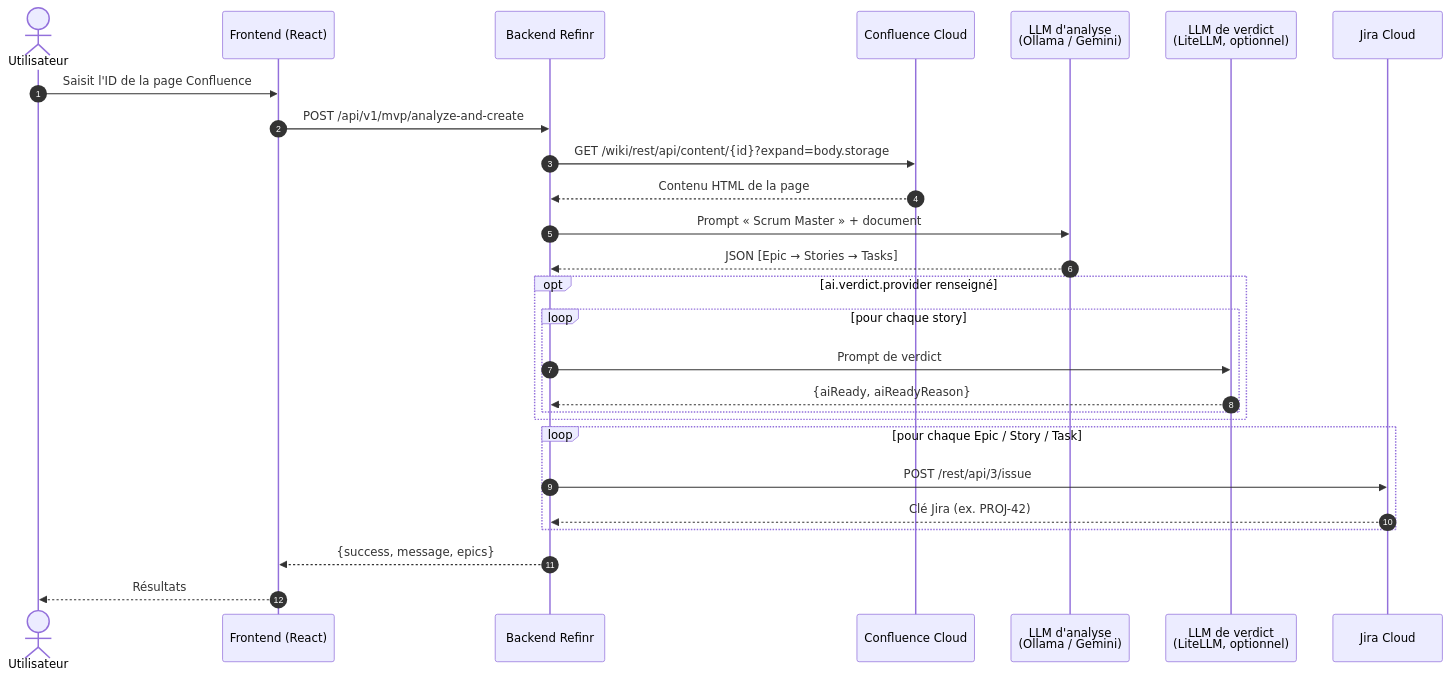
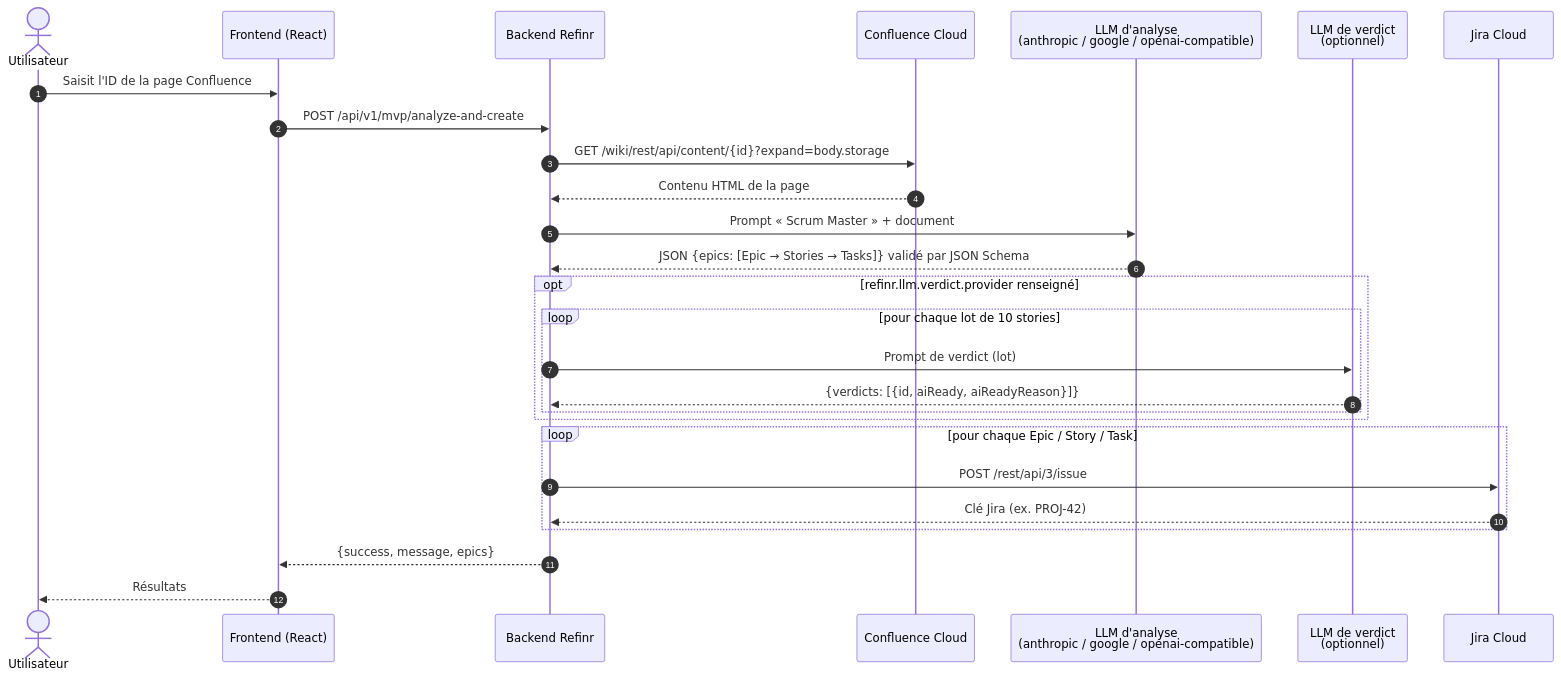
Before and after one commit to chams-bensalem/refinr: the diagram in README.md, drawn with Mermaid. The commit also changed other lines of this file and 2 other files, not shown here.

First line of the commit message:
docs: multi-provider LLM configuration, migration table, retries, health check, verdict batches and cache

````diff
--- a/README.md
+++ b/README.md
@@ -109,30 +110,30 @@
 ```mermaid
 sequenceDiagram
     autonumber
     actor U as Utilisateur
     participant F as Frontend (React)
     participant B as Backend Refinr
     participant C as Confluence Cloud
-    participant A as LLM d'analyse<br/>(Ollama / Gemini)
-    participant V as LLM de verdict<br/>(LiteLLM, optionnel)
+    participant A as LLM d'analyse<br/>(anthropic / google / openai-compatible)
+    participant V as LLM de verdict<br/>(optionnel)
     participant J as Jira Cloud
 
     U->>F: Saisit l'ID de la page Confluence
     F->>B: POST /api/v1/mvp/analyze-and-create
     B->>C: GET /wiki/rest/api/content/{id}?expand=body.storage
     C-->>B: Contenu HTML de la page
     B->>A: Prompt « Scrum Master » + document
-    A-->>B: JSON [Epic → Stories → Tasks]
-    opt ai.verdict.provider renseigné
-        loop pour chaque story
-            B->>V: Prompt de verdict
-            V-->>B: {aiReady, aiReadyReason}
+    A-->>B: JSON {epics: [Epic → Stories → Tasks]} validé par JSON Schema
+    opt refinr.llm.verdict.provider renseigné
+        loop pour chaque lot de 10 stories
+            B->>V: Prompt de verdict (lot)
+            V-->>B: {verdicts: [{id, aiReady, aiReadyReason}]}
         end
     end
     loop pour chaque Epic / Story / Task
         B->>J: POST /rest/api/3/issue
         J-->>B: Clé Jira (ex. PROJ-42)
     end
     B-->>F: {success, message, epics}
     F-->>U: Résultats
 ```
````
